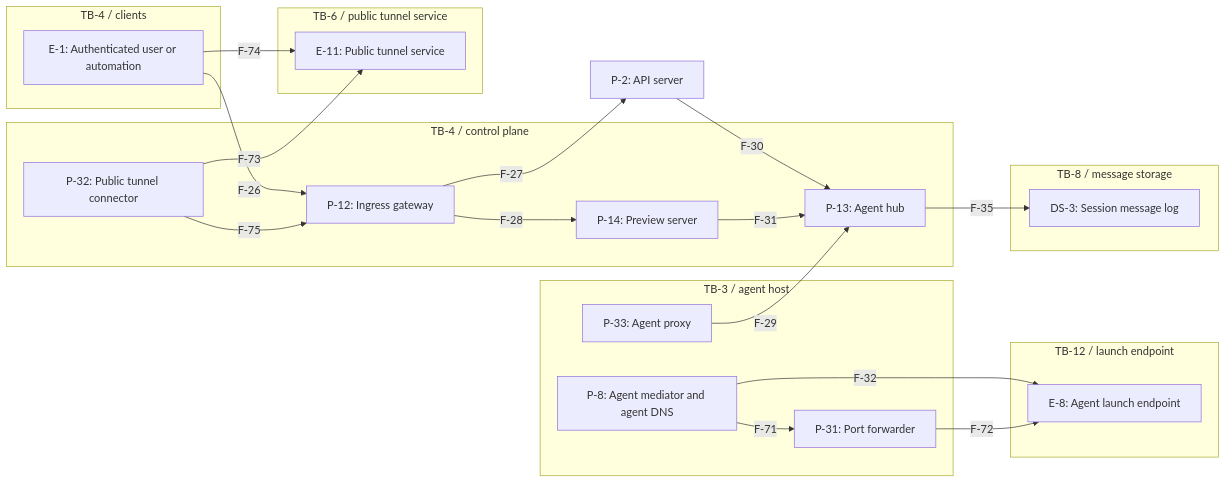
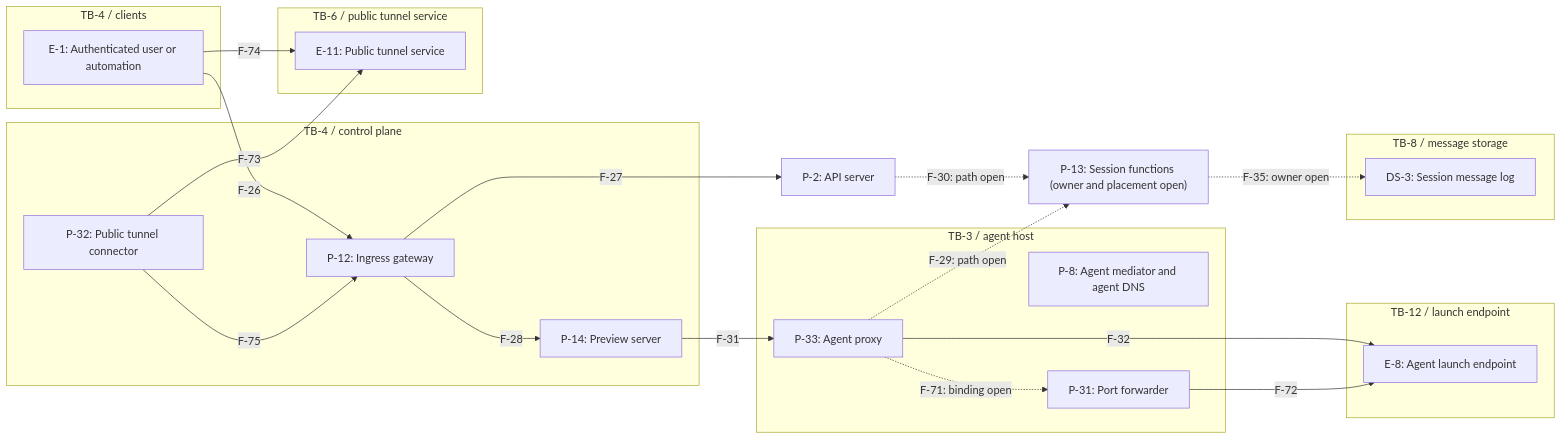
One commit to tbhb-dev/afakt changed the fourth of 16 diagrams in docs/agent-threat-model.md. Above: the diagram before and after it, drawn with Mermaid. The commit also changed other lines of this file and 96 other files, not shown here.

````diff
--- a/docs/agent-threat-model.md
+++ b/docs/agent-threat-model.md
@@ -275,39 +275,39 @@
 ```mermaid
 flowchart LR
+    P-13["P-13: Session functions (owner and placement open)"]
     subgraph z0["TB-4 / clients"]
         E-1["E-1: Authenticated user or automation"]
     end
     subgraph z1["TB-4 / control plane"]
         P-12["P-12: Ingress gateway"]
-        P-13["P-13: Agent hub"]
         P-14["P-14: Preview server"]
         P-32["P-32: Public tunnel connector"]
     end
     subgraph z2["TB-6 / public tunnel service"]
         E-11["E-11: Public tunnel service"]
     end
     subgraph z3["TB-3 / agent host"]
         P-8["P-8: Agent mediator and agent DNS"]
         P-33["P-33: Agent proxy"]
         P-31["P-31: Port forwarder"]
     end
     subgraph z4["TB-12 / launch endpoint"]
         E-8["E-8: Agent launch endpoint"]
     end
     subgraph z5["TB-8 / message storage"]
         DS-3["DS-3: Session message log"]
     end
     E-1 -->|"F-26"| P-12
     P-12 -->|"F-27"| P-2
     P-12 -->|"F-28"| P-14
-    P-33 -->|"F-29"| P-13
-    P-2["P-2: API server"] -->|"F-30"| P-13
-    P-14 -->|"F-31"| P-13
-    P-8 -->|"F-32"| E-8
-    P-13 -->|"F-35"| DS-3
-    P-8 -->|"F-71"| P-31
+    P-33 -.->|"F-29: path open"| P-13
+    P-2["P-2: API server"] -.->|"F-30: path open"| P-13
+    P-14 -->|"F-31"| P-33
+    P-33 -->|"F-32"| E-8
+    P-13 -.->|"F-35: owner open"| DS-3
+    P-33 -.->|"F-71: binding open"| P-31
     P-31 -->|"F-72"| E-8
     P-32 -->|"F-73"| E-11
     E-1 -->|"F-74"| E-11
     P-32 -->|"F-75"| P-12
 ```
````
